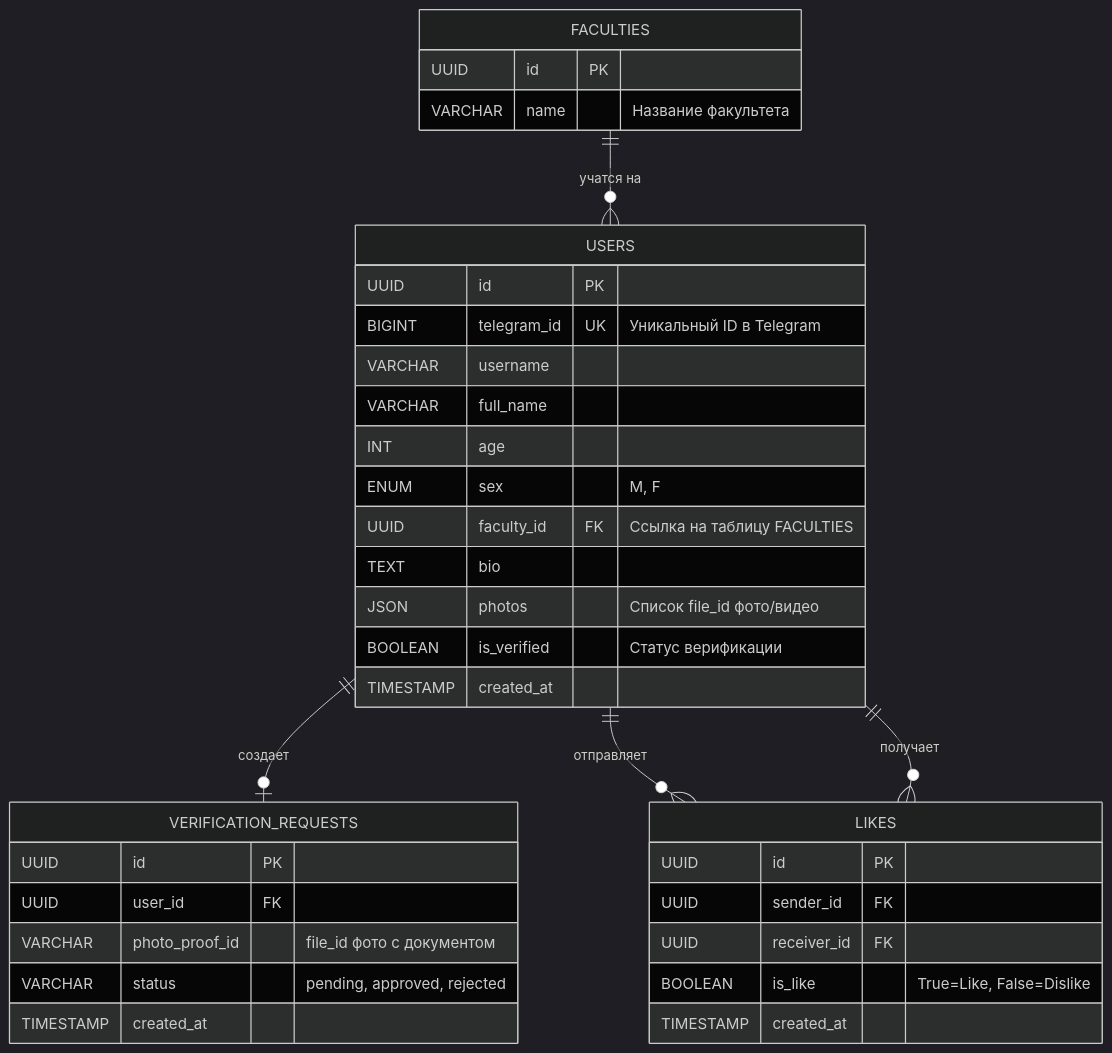
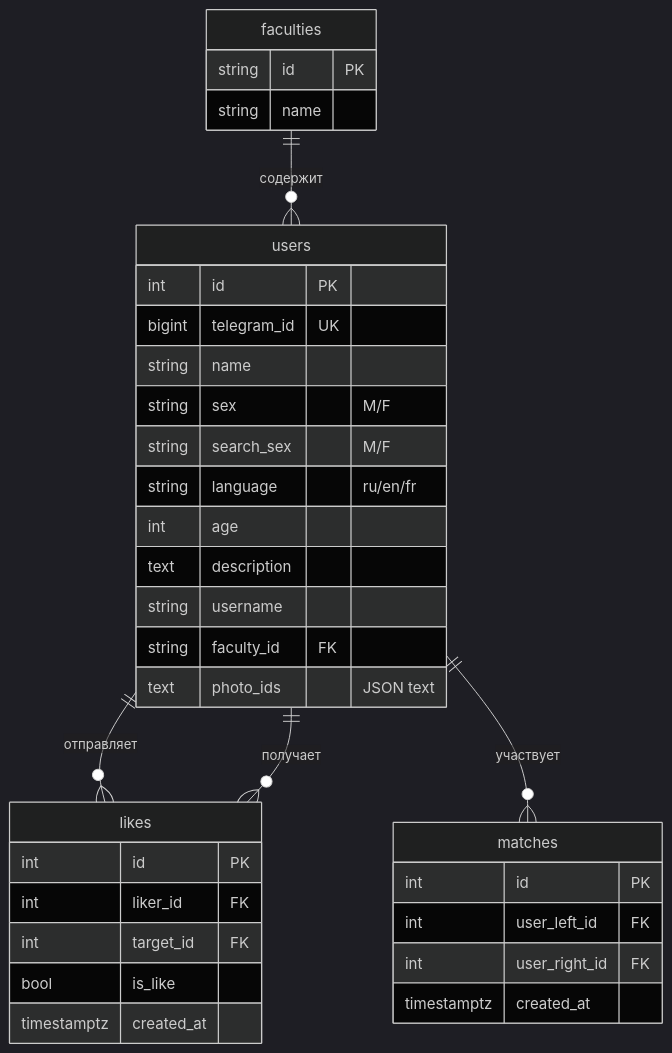
The first of 4 diagrams in Python_Project.md (dshhrv/datemate), drawn with Mermaid (dark theme) before and after one commit. The commit also changed other lines of this file, not shown here.

````diff
--- a/Python_Project.md
+++ b/Python_Project.md
@@ -63,42 +41,41 @@
 ```mermaid
 erDiagram
-    FACULTIES {
-        UUID id PK
-        VARCHAR name "Название факультета"
+    faculties {
+        string id PK
+        string name
     }
 
-    USERS {
-        UUID id PK
-        BIGINT telegram_id UK "Уникальный ID в Telegram"
-        VARCHAR username
-        VARCHAR full_name
-        INT age
-        ENUM sex "M, F"
-        UUID faculty_id FK "Ссылка на таблицу FACULTIES"
-        TEXT bio
-        JSON photos "Список file_id фото/видео"
-        BOOLEAN is_verified "Статус верификации"
-        TIMESTAMP created_at
+    users {
+        int id PK
+        bigint telegram_id UK
+        string name
+        string sex "M/F"
+        string search_sex "M/F"
+        string language "ru/en/fr"
+        int age
+        text description
+        string username
+        string faculty_id FK
+        text photo_ids "JSON text"
     }
 
-    VERIFICATION_REQUESTS {
-        UUID id PK
-        UUID user_id FK
-        VARCHAR photo_proof_id "file_id фото с документом"
-        VARCHAR status "pending, approved, rejected"
-        TIMESTAMP created_at
+    likes {
+        int id PK
+        int liker_id FK
+        int target_id FK
+        bool is_like
+        timestamptz created_at
     }
 
-    LIKES {
-        UUID id PK
-        UUID sender_id FK
-        UUID receiver_id FK
-        BOOLEAN is_like "True=Like, False=Dislike"
-        TIMESTAMP created_at
+    matches {
+        int id PK
+        int user_left_id FK
+        int user_right_id FK
+        timestamptz created_at
     }
 
-    USERS ||--o| VERIFICATION_REQUESTS : создает
-    USERS ||--o{ LIKES : отправляет
-    USERS ||--o{ LIKES : получает
-    FACULTIES ||--o{ USERS : "учатся на"
+    faculties ||--o{ users : содержит
+    users ||--o{ likes : отправляет
+    users ||--o{ likes : получает
+    users ||--o{ matches : участвует
 ```
````
